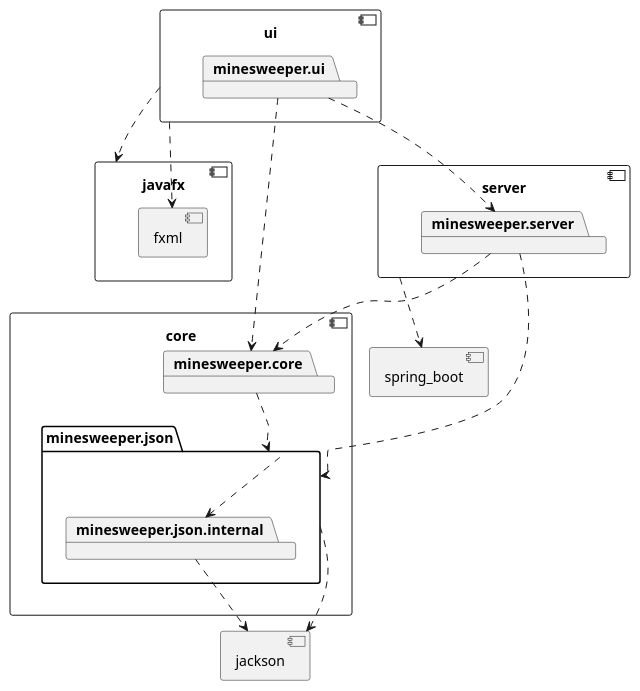
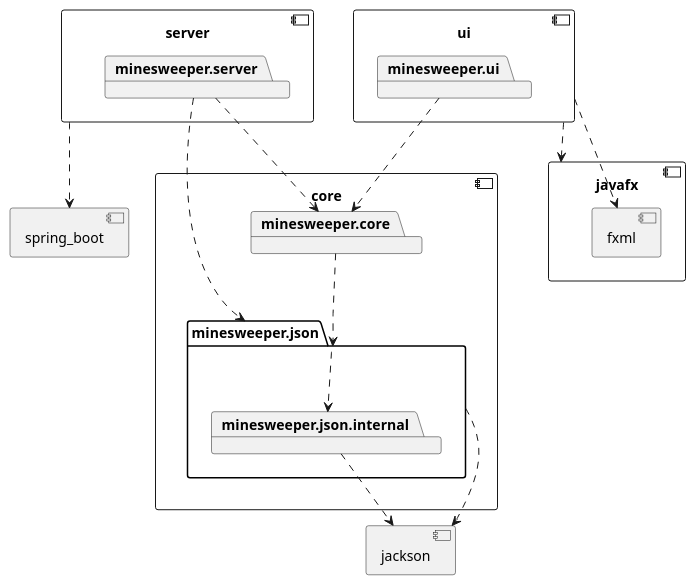
One commit to ErikMLysfjord/minesweeper changed the diagram in docs/architecture.puml. Above: the diagram before and after it, drawn with PlantUML. The commit also changed 1 other file, not shown here.

Commit message:
docs: add diagrams

```diff
--- a/docs/architecture.puml
+++ b/docs/architecture.puml
@@ -1,45 +1,44 @@
 @startuml minesweeper
 
 component core {
 	package minesweeper.core
 	package minesweeper.json {
 	  package minesweeper.json.internal
 	}
 }
 
 minesweeper.core ..> minesweeper.json
 minesweeper.json ..> minesweeper.json.internal
 
 component jackson {
 }
 minesweeper.json ..> jackson
 minesweeper.json.internal ..> jackson
 
 
 component server {
   package minesweeper.server
 }
 
 minesweeper.server ..> minesweeper.core
 minesweeper.server ..> minesweeper.json
 
 component spring_boot {
 }
 server ..> spring_boot
 
 
 component ui {
 	package minesweeper.ui
 }
 
 minesweeper.ui ..> minesweeper.core
-minesweeper.ui ..> minesweeper.server
 
 component javafx {
 	component fxml {
 	}
 }
 ui ..> javafx
 ui ..> fxml
 
 @enduml
```
